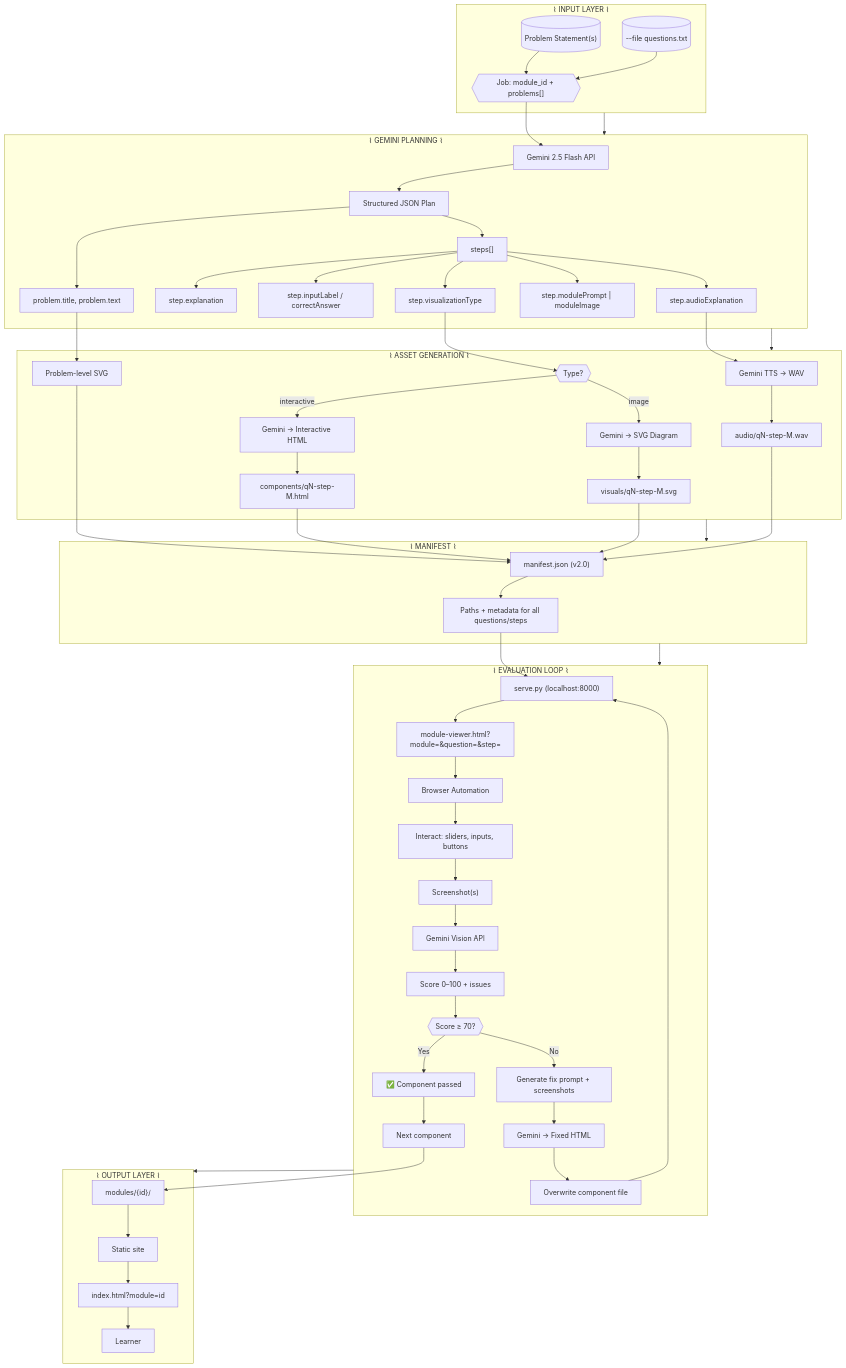
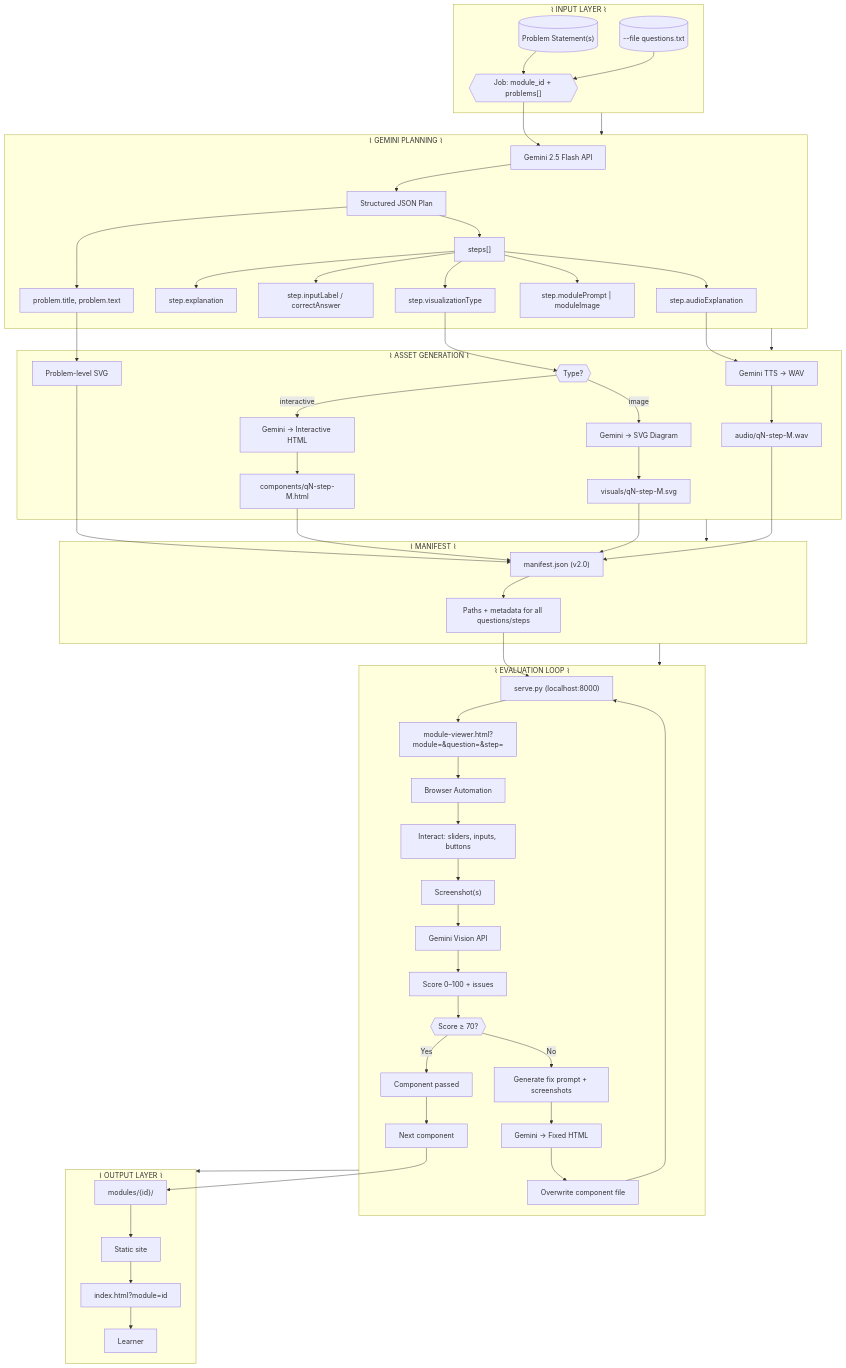
One commit to Yknld/TheGeminiLoop changed the first of 4 diagrams in README.md. Above: the diagram before and after it, drawn with Mermaid. The commit also changed other lines of this file and 3 other files, not shown here.

First line of the commit message:
Docs: feature flowcharts and overview

````diff
--- a/README.md
+++ b/README.md
@@ -11,72 +11,72 @@
 ```mermaid
 flowchart TB
     subgraph INPUT["⌇ INPUT LAYER ⌇"]
         P[("Problem Statement(s)")]
         F[("--file questions.txt")]
         P --> J
         F --> J
         J{{"Job: module_id + problems[]"}}
     end
 
     subgraph PLANNING["⌇ GEMINI PLANNING ⌇"]
         J --> API1["Gemini 2.5 Flash API"]
         API1 --> PLAN["Structured JSON Plan"]
         PLAN --> META["problem.title, problem.text"]
         PLAN --> STEPS["steps[]"]
         STEPS --> S1["step.explanation"]
         STEPS --> S2["step.inputLabel / correctAnswer"]
         STEPS --> S3["step.visualizationType"]
         STEPS --> S4["step.modulePrompt | moduleImage"]
         STEPS --> S5["step.audioExplanation"]
     end
 
     subgraph ASSET_GEN["⌇ ASSET GENERATION ⌇"]
         S3 --> BRANCH{{"Type?"}}
         BRANCH -->|"interactive"| HTML["Gemini → Interactive HTML"]
         BRANCH -->|"image"| SVG["Gemini → SVG Diagram"]
         S5 --> TTS["Gemini TTS → WAV"]
         HTML --> COMP["components/qN-step-M.html"]
         SVG --> VIS["visuals/qN-step-M.svg"]
         TTS --> AUD["audio/qN-step-M.wav"]
         META --> PVIZ["Problem-level SVG"]
     end
 
     subgraph MANIFEST["⌇ MANIFEST ⌇"]
         COMP --> MF
         VIS --> MF
         AUD --> MF
         PVIZ --> MF
         MF["manifest.json (v2.0)"]
         MF --> PATHS["Paths + metadata for all questions/steps"]
     end
 
     subgraph EVAL_LOOP["⌇ EVALUATION LOOP ⌇"]
         PATHS --> SERVE["serve.py (localhost:8000)"]
         SERVE --> VIEWER["module-viewer.html?module=&question=&step="]
         VIEWER --> BROWSER["Browser Automation"]
         BROWSER --> ACT["Interact: sliders, inputs, buttons"]
         ACT --> SCREEN["Screenshot(s)"]
         SCREEN --> VISION["Gemini Vision API"]
         VISION --> SCORE["Score 0–100 + issues"]
         SCORE --> PASS{{"Score ≥ 70?"}}
-        PASS -->|Yes| DONE["✅ Component passed"]
+        PASS -->|Yes| DONE["Component passed"]
         PASS -->|No| FIX["Generate fix prompt + screenshots"]
         FIX --> FIX_API["Gemini → Fixed HTML"]
         FIX_API --> WRITE["Overwrite component file"]
         WRITE --> SERVE
         DONE --> NEXT["Next component"]
     end
 
     subgraph OUTPUT["⌇ OUTPUT LAYER ⌇"]
         NEXT --> BUNDLE["modules/{id}/"]
         BUNDLE --> STATIC["Static site"]
         STATIC --> INDEX["index.html?module=id"]
         INDEX --> LEARNER["Learner"]
     end
 
     INPUT --> PLANNING
     PLANNING --> ASSET_GEN
     ASSET_GEN --> MANIFEST
     MANIFEST --> EVAL_LOOP
     EVAL_LOOP --> OUTPUT
 ```
````
